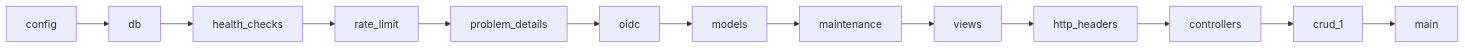
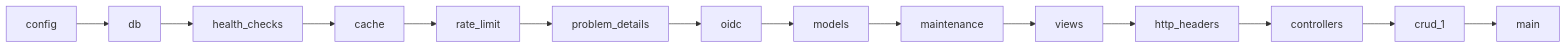
One commit to craftainer/template-fastapi changed the first of 2 diagrams in src/app/README.md. Above: the diagram before and after it, drawn with Mermaid. The commit also changed other lines of this file and 20 other files, not shown here.

````diff
--- a/src/app/README.md
+++ b/src/app/README.md
@@ -121,6 +122,6 @@
 ```mermaid
 graph LR
-    config --> db --> health_checks --> rate_limit --> problem_details
+    config --> db --> health_checks --> cache --> rate_limit --> problem_details
     problem_details --> oidc --> models --> maintenance
     maintenance --> views --> http_headers --> controllers --> crud_1 --> main
 ```
````
